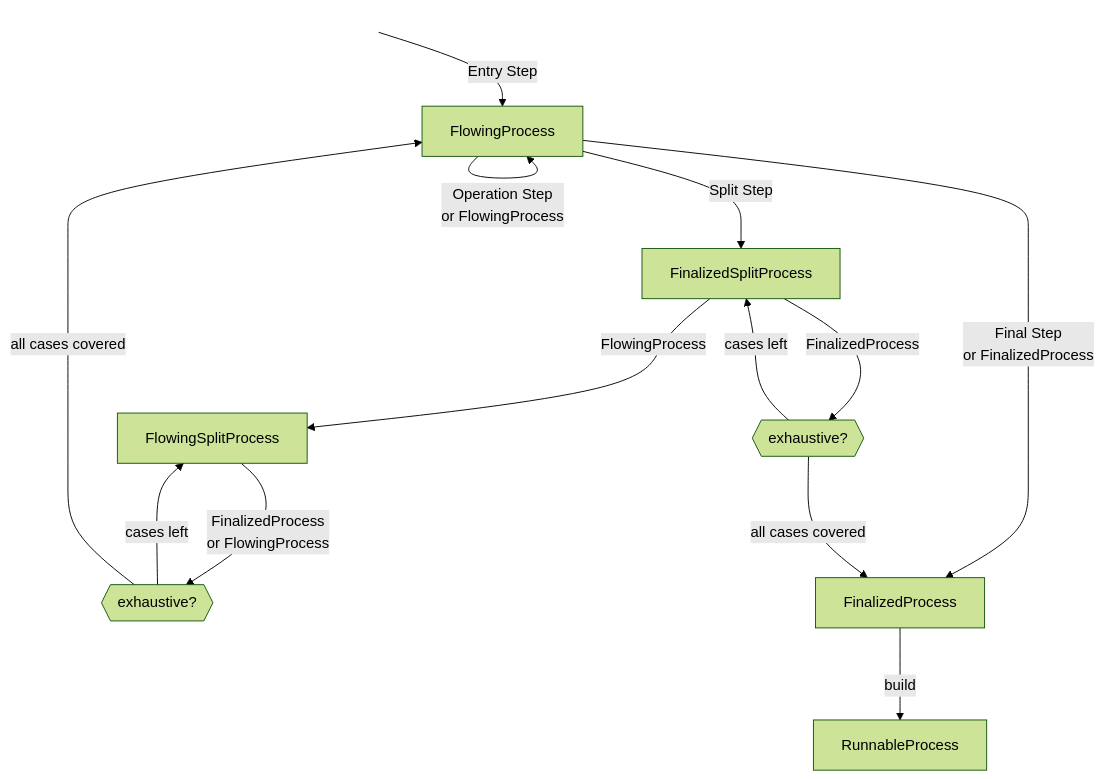
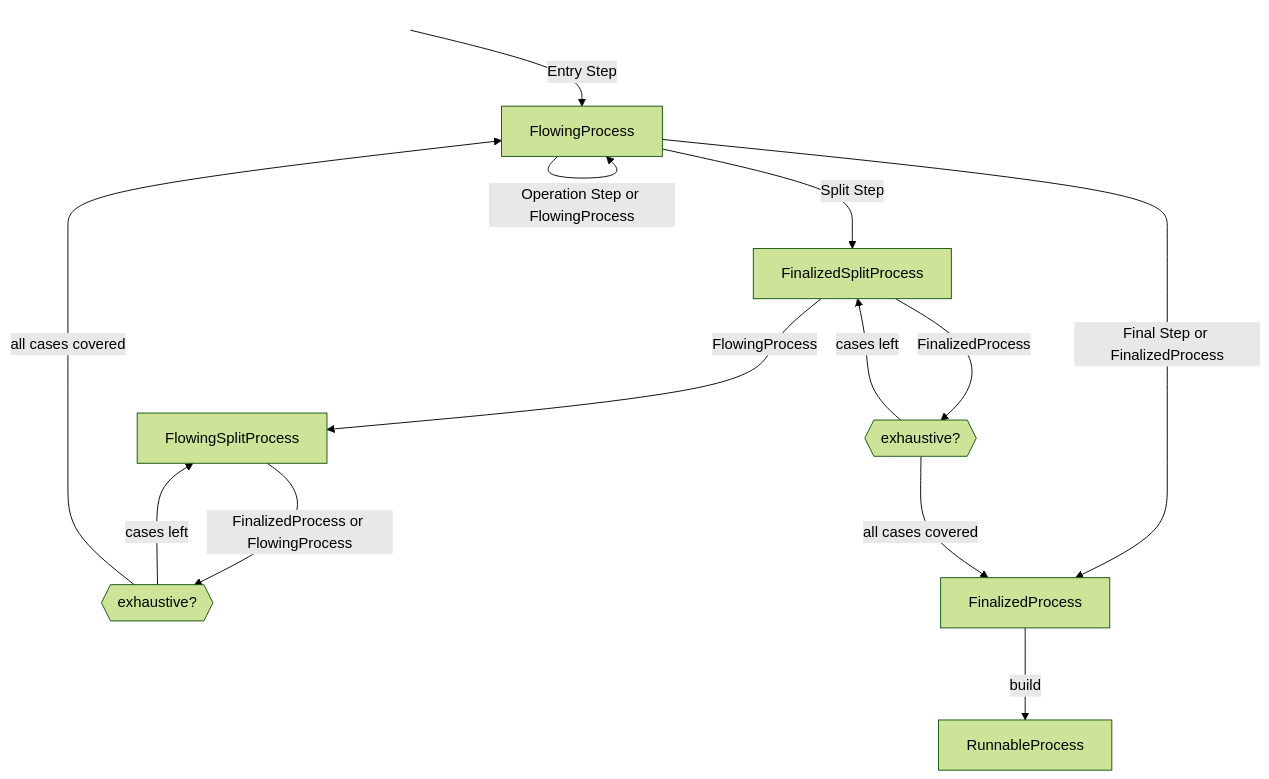
The diagram in type_process_builder/doc/process_builder_states.mmd (Only1Loatheb/brrricks), drawn with Mermaid (forest theme) before and after one commit. The commit also changed 1 other file, not shown here.

Commit message:
github fails to render \n in mermaid

```diff
--- a/type_process_builder/doc/process_builder_states.mmd
+++ b/type_process_builder/doc/process_builder_states.mmd
@@ -1,34 +1,34 @@
 %%{ init: { 'flowchart': {'defaultRenderer': 'tidy-tree' } } }%%
 flowchart TD
     classDef hidden display: none;
     style Start fill-opacity:0, stroke-opacity:0;
     Start[" "]
     FinalizedSplitProcessSubgraph:::hidden
     subgraph FinalizedSplitProcessSubgraph[" "]
         FinalizedSplitProcess[FinalizedSplitProcess]
         finalized_split_cases_final{{exhaustive?}}
     end
     FlowingSplitProcessSubgraph:::hidden
     subgraph FlowingSplitProcessSubgraph[" "]
         FlowingSplitProcess[FlowingSplitProcess]
         flowing_split_cases{{exhaustive?}}
     end
     FinalizedProcess -- "build" --> RunnableProcess
     Start -- "Entry Step" --> FlowingProcess
-    FlowingProcess -- "Operation Step\nor FlowingProcess" --> FlowingProcess
-    FlowingProcess -- "Final Step\nor FinalizedProcess" --> FinalizedProcess
+    FlowingProcess -- "Operation Step or FlowingProcess" --> FlowingProcess
+    FlowingProcess -- "Final Step or FinalizedProcess" --> FinalizedProcess
     
     FlowingProcess -- "Split Step" --> FinalizedSplitProcess
     FinalizedSplitProcess -- "FinalizedProcess" --> finalized_split_cases_final
     finalized_split_cases_final -- "cases left" --> FinalizedSplitProcess
     finalized_split_cases_final -- "all cases covered" --> FinalizedProcess
     FinalizedSplitProcess -- "FlowingProcess" --> FlowingSplitProcess
-    FlowingSplitProcess -- "FinalizedProcess\nor FlowingProcess" --> flowing_split_cases
+    FlowingSplitProcess -- "FinalizedProcess or FlowingProcess" --> flowing_split_cases
     flowing_split_cases -- "cases left" --> FlowingSplitProcess
     flowing_split_cases -- "all cases covered" --> FlowingProcess
     Start ~~~ FlowingSplitProcess
     click FlowingSplitProcess "https://github.com/Only1Loatheb/brrricks/blob/master/type_process_builder/src/builder/flowing_split_process.rs"
     click FlowingProcess "https://github.com/Only1Loatheb/brrricks/blob/master/type_process_builder/src/builder/flowing_process.rs"
     click FinalizedSplitProcess "https://github.com/Only1Loatheb/brrricks/blob/master/type_process_builder/src/builder/finalized_split_process.rs"
     click FinalizedProcess "https://github.com/Only1Loatheb/brrricks/blob/master/type_process_builder/src/builder/finalized_process.rs"
     click RunnableProcess "https://github.com/Only1Loatheb/brrricks/blob/master/type_process_builder/src/builder/runnable_process.rs"
```
